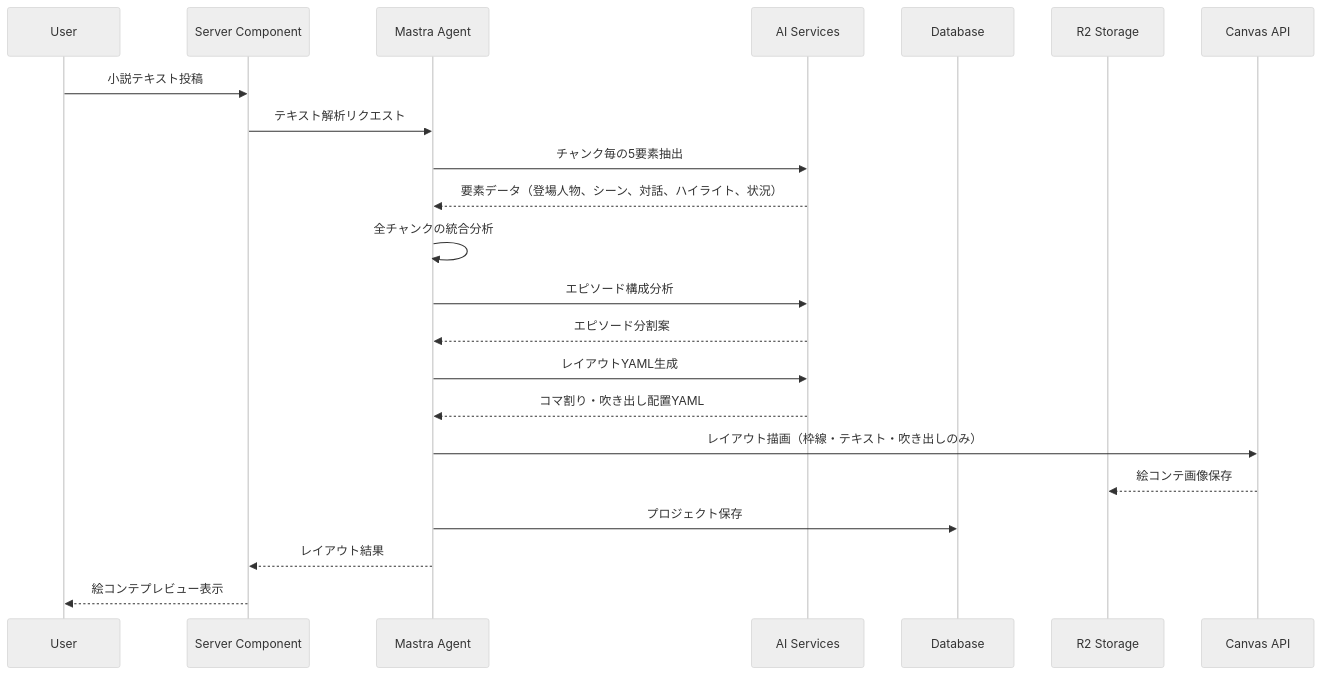
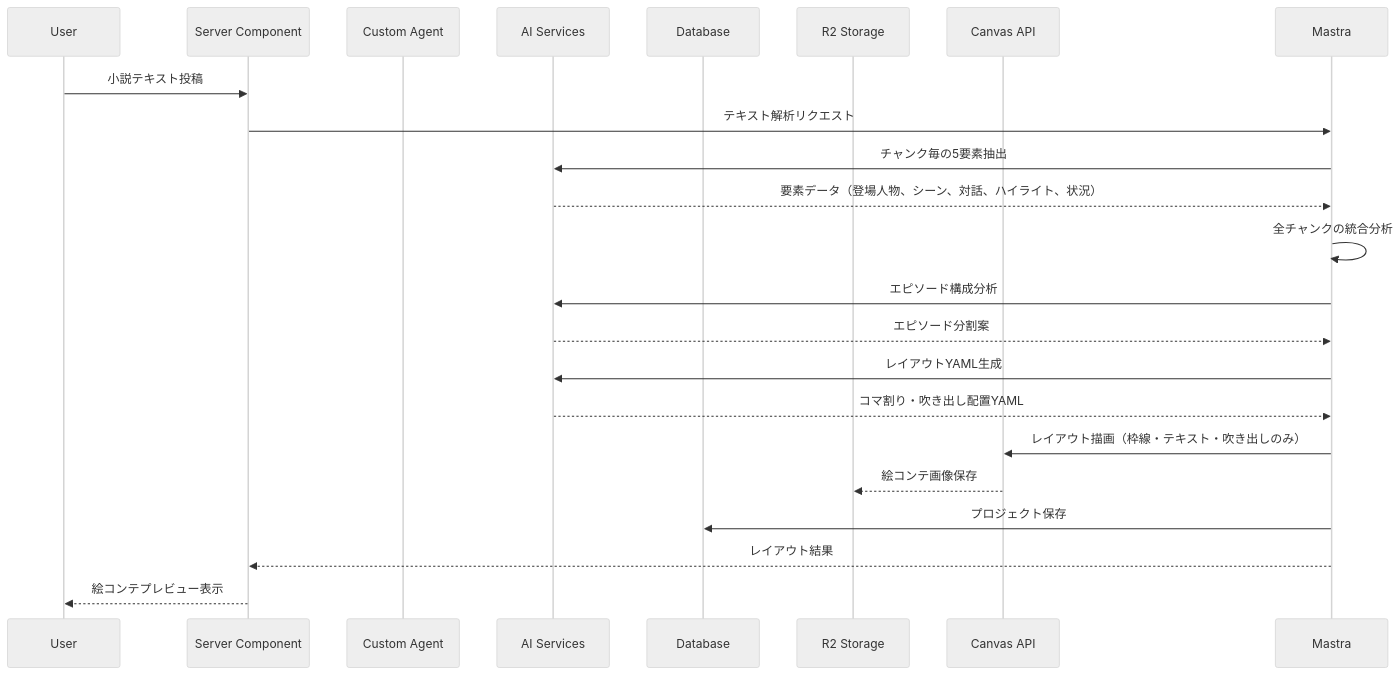
The second of 7 diagrams in .kiro/specs/novel-to-manga-converter/design.md (matsuvr/novel2manga-ts), drawn with Mermaid (neutral theme) before and after one commit. The commit also changed other lines of this file and 7 other files, not shown here.

Commit message:
Agent ArchitectureをMastra Agentsから独自実装に移行し、複数のLLMプロバイダーに対応した柔軟な基盤を構築。zod-to-json-schemaを導入し、JSONスキーマ変換機能を強化。エラーハンドリングの統一化と型安全性の向上を実現。

````diff
--- a/.kiro/specs/novel-to-manga-converter/design.md
+++ b/.kiro/specs/novel-to-manga-converter/design.md
@@ -242,25 +271,25 @@
 ```mermaid
 sequenceDiagram
     participant User
     participant RSC as Server Component
-    participant Mastra as Mastra Agent
+    participant Agent as Custom Agent
     participant AI as AI Services
     participant DB as Database
     participant Storage as R2 Storage
     participant Canvas as Canvas API
 
     User->>RSC: 小説テキスト投稿
     RSC->>Mastra: テキスト解析リクエスト
     Mastra->>AI: チャンク毎の5要素抽出
     AI-->>Mastra: 要素データ（登場人物、シーン、対話、ハイライト、状況）
     Mastra->>Mastra: 全チャンクの統合分析
     Mastra->>AI: エピソード構成分析
     AI-->>Mastra: エピソード分割案
     Mastra->>AI: レイアウトYAML生成
     AI-->>Mastra: コマ割り・吹き出し配置YAML
     Mastra->>Canvas: レイアウト描画（枠線・テキスト・吹き出しのみ）
     Canvas-->>Storage: 絵コンテ画像保存
     Mastra->>DB: プロジェクト保存
     Mastra-->>RSC: レイアウト結果
     RSC-->>User: 絵コンテプレビュー表示
 ```
````
